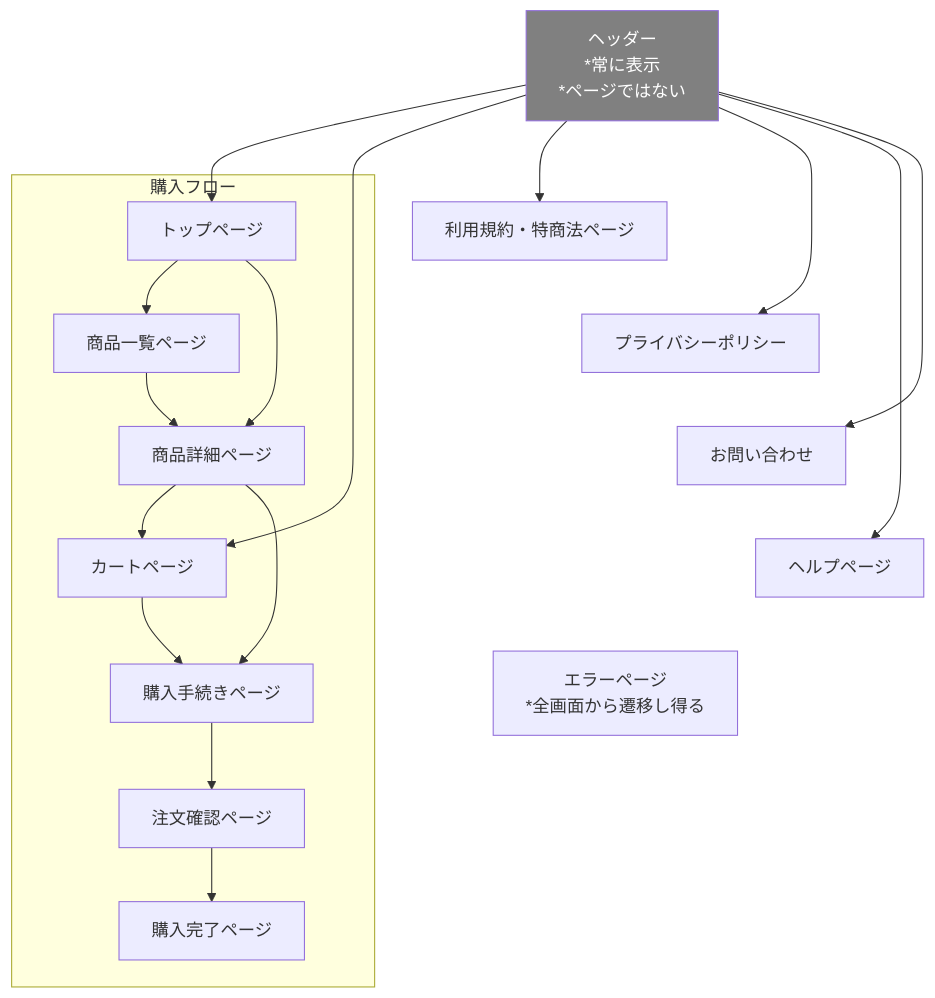
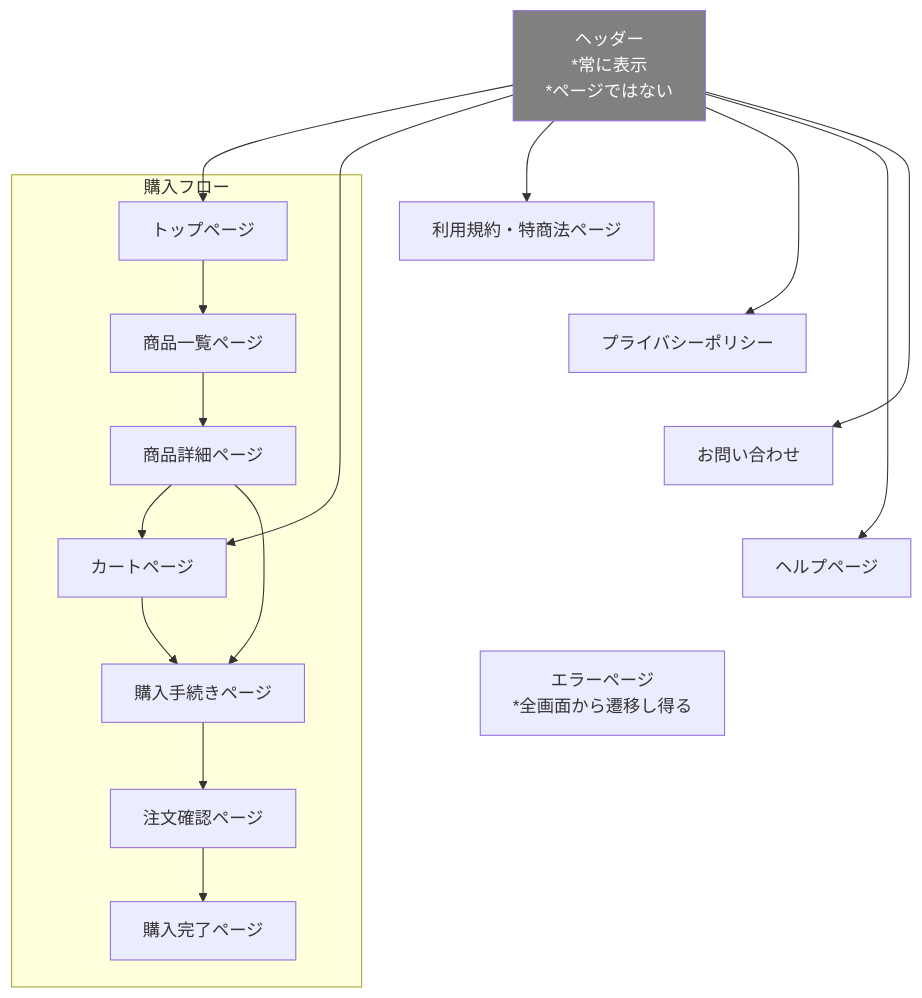
One commit to Aoi-Yaegashi/teamF changed the diagram in 基本設計/画面設計/画面遷移図/フロントエンド画面遷移図.md. Above: the diagram before and after it, drawn with Mermaid.

Commit message:
トップページから商品詳細画面への遷移を削除

````diff
--- a/基本設計/画面設計/画面遷移図/フロントエンド画面遷移図.md
+++ b/基本設計/画面設計/画面遷移図/フロントエンド画面遷移図.md
@@ -1,50 +1,49 @@
 ```mermaid
 graph TD
 
 subgraph 購入フロー
 %% トップページからの遷移
 F01[トップページ] --> F02[商品一覧ページ]
-F01 --> F03[商品詳細ページ]
 
 %% 商品一覧から詳細へ
-F02 --> F03
+F02 --> F03[商品詳細ページ]
 
 %% 商品詳細からカートへ
 F03 --> F04[カートページ]
 
 %% 商品詳細から購入手続きへ
 F03 --> F05
 
 %% カートから購入へ
 F04 --> F05[購入手続きページ]
 
 %% 注文確認画面
 F05 --> F06[注文確認ページ]
 
 %% 購入手続きから完了へ
 F06 --> F07[購入完了ページ]
 end
 
 %% ヘッダー（常に表示）
 F13[ヘッダー
 *常に表示
 *ページではない] --> F01
 F13 --> F04
 F13 --> F08[利用規約・特商法ページ]
 F13 --> F09[プライバシーポリシー]
 F13 --> F11[ヘルプページ]
 F13 --> F12[お問い合わせ]
 classDef gray fill:gray,color:white;
 class F13 gray;
 
 %% エラーページ（どこからでも遷移し得る）
 F09 ~~~ F10[エラーページ
 *全画面から遷移し得る]
 F08 ~~~ F10
 F11 ~~~ F10
 
 %% 位置調整
 F08 ~~~ F09
 F09 ~~~ F12
 F12 ~~~ F11
 ```
````
